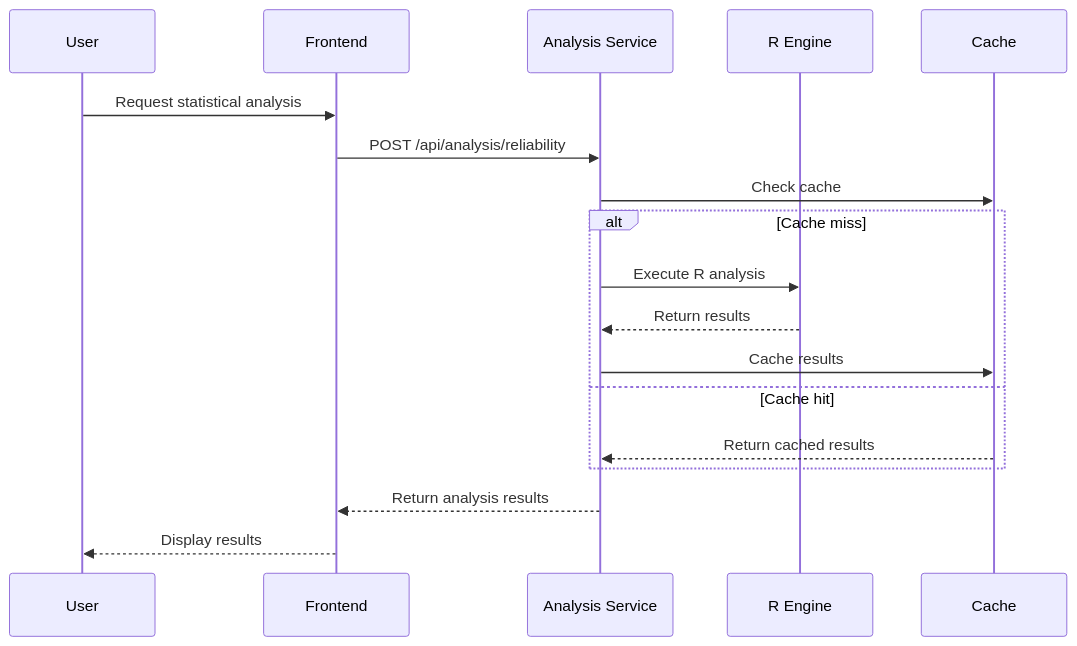
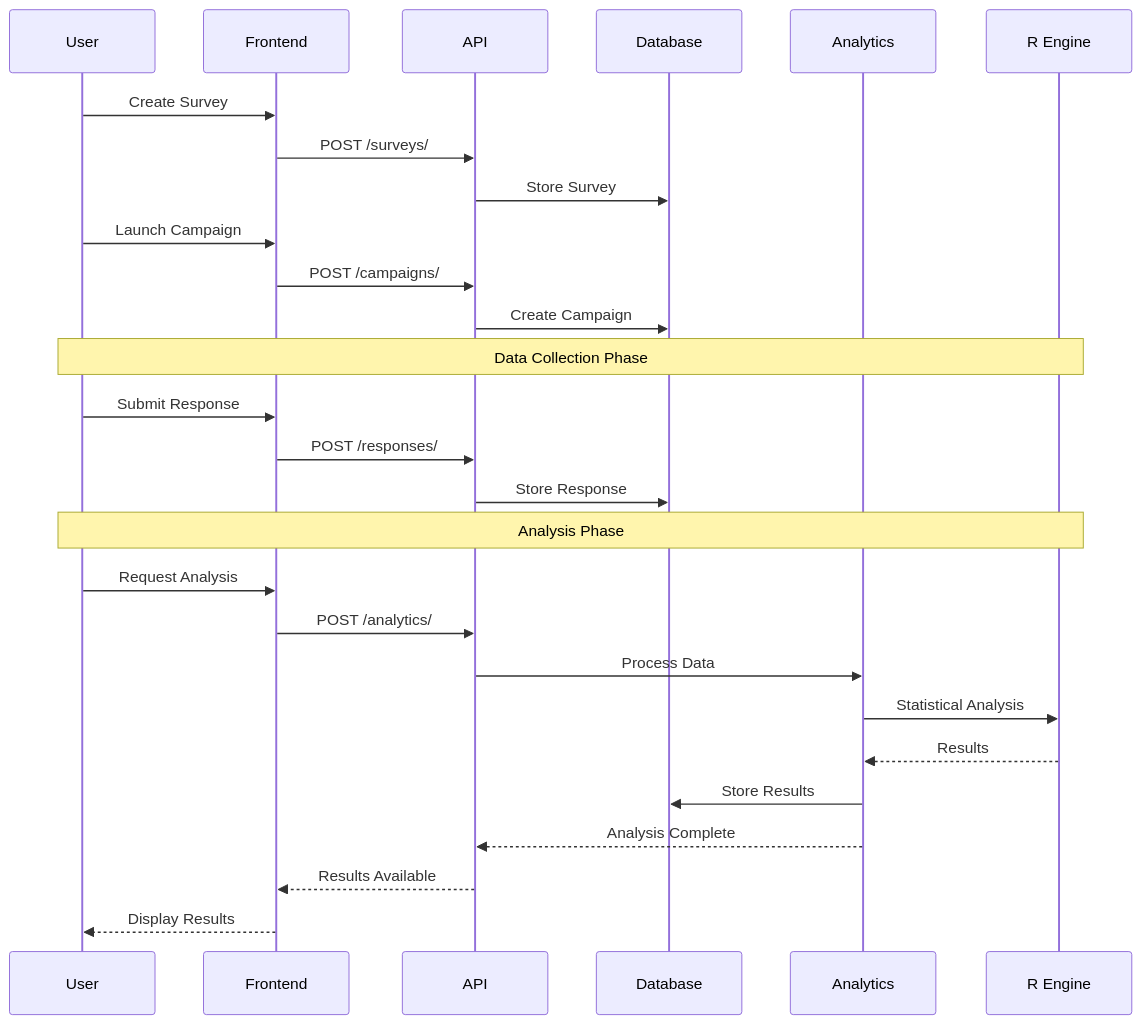
The seventh of 8 diagrams in docs/SYSTEM_ARCHITECTURE.md (hailp1/newncskit), drawn with Mermaid before and after one commit. The commit also changed other lines of this file and 369 other files, not shown here.

````diff
--- a/docs/SYSTEM_ARCHITECTURE.md
+++ b/docs/SYSTEM_ARCHITECTURE.md
@@ -324,21 +343,33 @@
 ```mermaid
 sequenceDiagram
-    participant U as User
-    participant F as Frontend
-    participant A as Analysis Service
-    participant R as R Engine
-    participant C as Cache
+    participant User
+    participant Frontend
+    participant API
+    participant Database
+    participant Analytics
+    participant R Engine
     
-    U->>F: Request statistical analysis
-    F->>A: POST /api/analysis/reliability
-    A->>C: Check cache
-    alt Cache miss
-        A->>R: Execute R analysis
-        R-->>A: Return results
-        A->>C: Cache results
-    else Cache hit
-        C-->>A: Return cached results
-    end
-    A-->>F: Return analysis results
-    F-->>U: Display results
+    User->>Frontend: Create Survey
+    Frontend->>API: POST /surveys/
+    API->>Database: Store Survey
+    
+    User->>Frontend: Launch Campaign
+    Frontend->>API: POST /campaigns/
+    API->>Database: Create Campaign
+    
+    Note over User,R Engine: Data Collection Phase
+    User->>Frontend: Submit Response
+    Frontend->>API: POST /responses/
+    API->>Database: Store Response
+    
+    Note over User,R Engine: Analysis Phase
+    User->>Frontend: Request Analysis
+    Frontend->>API: POST /analytics/
+    API->>Analytics: Process Data
+    Analytics->>R Engine: Statistical Analysis
+    R Engine-->>Analytics: Results
+    Analytics->>Database: Store Results
+    Analytics-->>API: Analysis Complete
+    API-->>Frontend: Results Available
+    Frontend-->>User: Display Results
 ```
````
